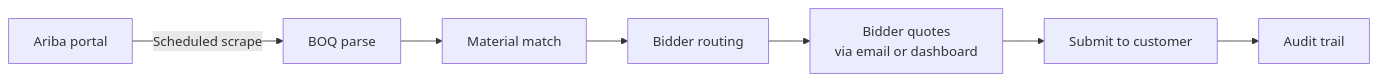
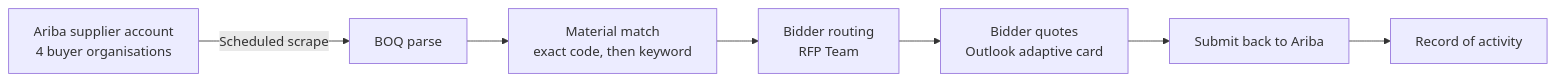
The diagram in docs/01-business/01-BRD-Business-Requirements.md (ManishDyna/RFP-Automation), drawn with Mermaid before and after one commit. The commit also changed other lines of this file and 24 other files, not shown here.

````diff
--- a/docs/01-business/01-BRD-Business-Requirements.md
+++ b/docs/01-business/01-BRD-Business-Requirements.md
@@ -135,9 +137,9 @@
 ```mermaid
 flowchart LR
-    A[Ariba portal] -->|Scheduled scrape| B[BOQ parse]
-    B --> C[Material match]
-    C --> D[Bidder routing]
-    D --> E[Bidder quotes<br/>via email or dashboard]
-    E --> F[Submit to customer]
-    F --> G[Audit trail]
+    A[Ariba supplier account<br/>4 buyer organisations] -->|Scheduled scrape| B[BOQ parse]
+    B --> C[Material match<br/>exact code, then keyword]
+    C --> D[Bidder routing<br/>RFP Team]
+    D --> E[Bidder quotes<br/>Outlook adaptive card]
+    E --> F[Submit back to Ariba]
+    F --> G[Record of activity]
 ```
````
